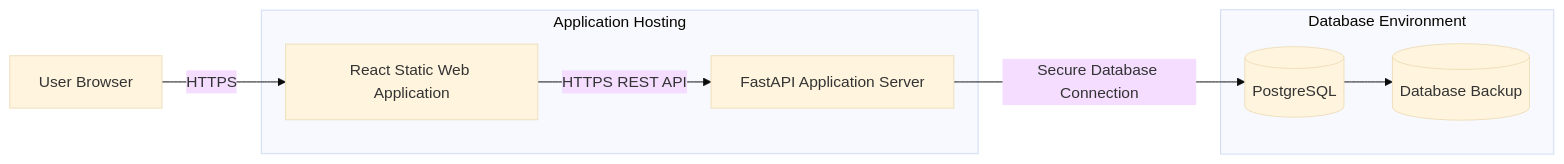
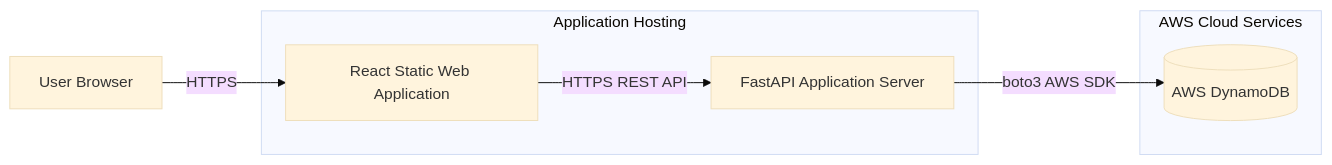
Before and after one commit to SS-Munna/CourseReg-wa: the seventh of 7 diagrams in docs/19-system-design.md, drawn with Mermaid (base theme). The commit also changed other lines of this file and 9 other files, not shown here.

Commit message:
docs: update database design for DynamoDB

````diff
--- a/docs/19-system-design.md
+++ b/docs/19-system-design.md
@@ -1063,19 +1121,17 @@
 ```mermaid
 flowchart LR
     User[User Browser]
 
     subgraph Hosting["Application Hosting"]
         Web[React Static Web Application]
         API[FastAPI Application Server]
     end
 
-    subgraph DatabaseLayer["Database Environment"]
-        DB[(PostgreSQL)]
-        Backup[(Database Backup)]
+    subgraph AWS["AWS Cloud Services"]
+        DB[(AWS DynamoDB)]
     end
 
     User -->|HTTPS| Web
     Web -->|HTTPS REST API| API
-    API -->|Secure Database Connection| DB
-    DB --> Backup
+    API -->|boto3 AWS SDK| DB
 ```
````
